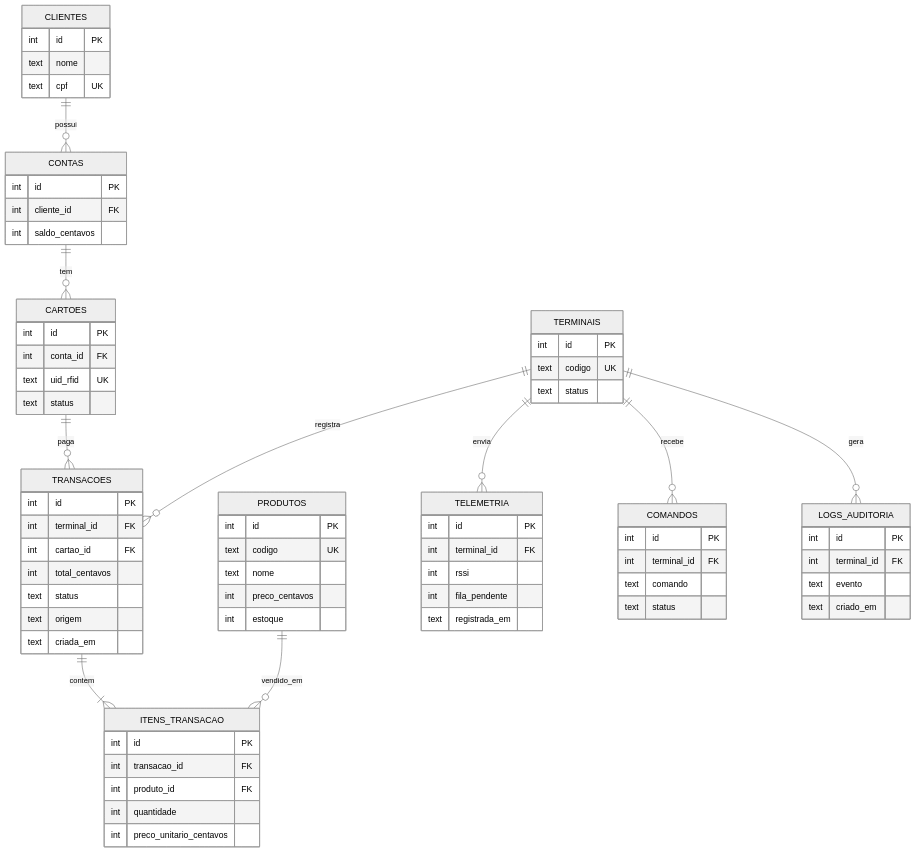
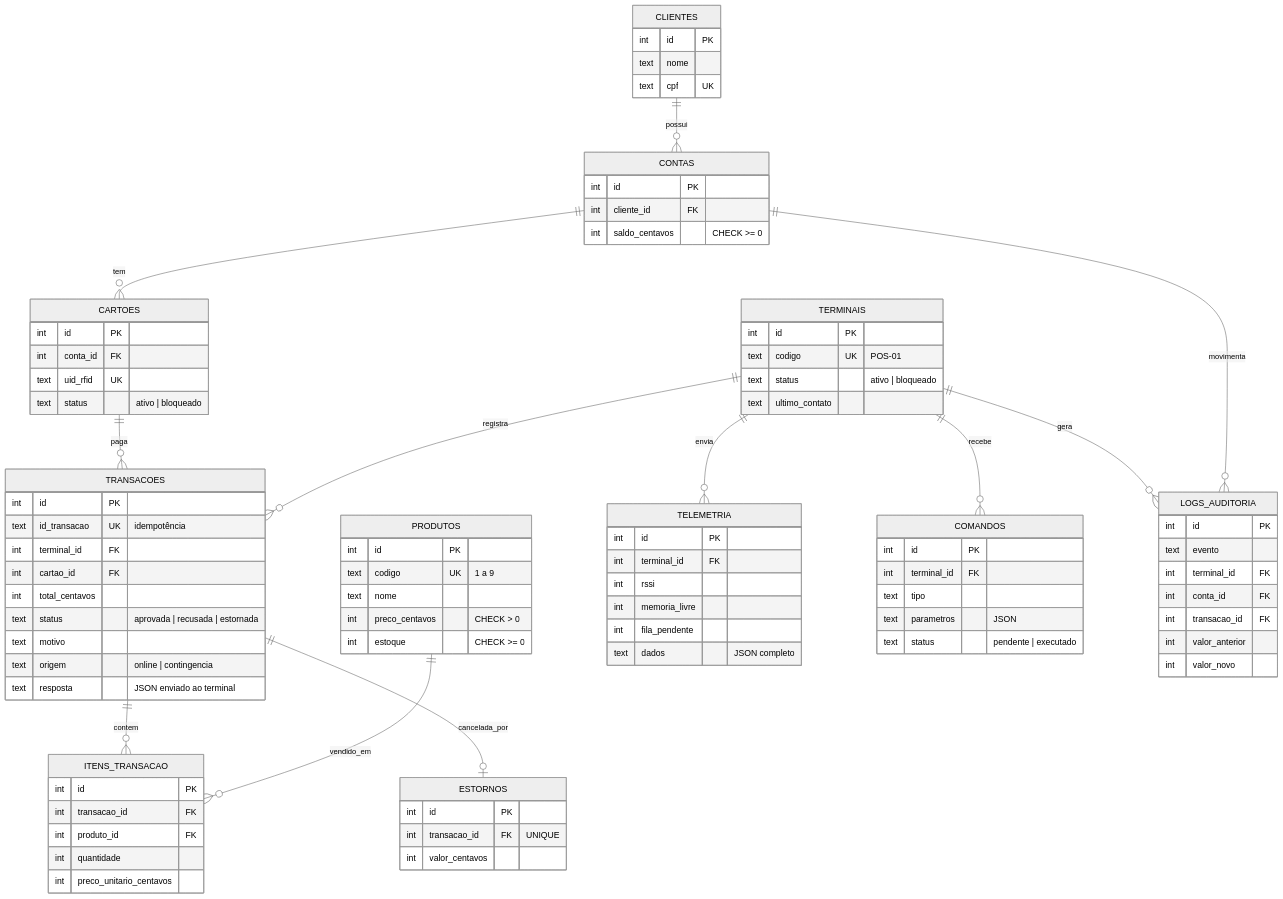
The third of 5 diagrams in README.md (Lbrb2/bytebank_pagamentos), drawn with Mermaid (neutral theme) before and after one commit. The commit also changed other lines of this file and 18 other files, not shown here.

Commit message:
Entrega 3: API FAST API, schema.sql, tabelas hash e atualizações atômicas

````diff
--- a/README.md
+++ b/README.md
@@ -242,11 +269,13 @@
     CONTAS ||--o{ CARTOES : tem
     CARTOES ||--o{ TRANSACOES : paga
     TERMINAIS ||--o{ TRANSACOES : registra
-    TRANSACOES ||--|{ ITENS_TRANSACAO : contem
+    TRANSACOES ||--o{ ITENS_TRANSACAO : contem
     PRODUTOS ||--o{ ITENS_TRANSACAO : vendido_em
+    TRANSACOES ||--o| ESTORNOS : cancelada_por
     TERMINAIS ||--o{ TELEMETRIA : envia
     TERMINAIS ||--o{ COMANDOS : recebe
     TERMINAIS ||--o{ LOGS_AUDITORIA : gera
+    CONTAS ||--o{ LOGS_AUDITORIA : movimenta
 
     CLIENTES {
         int id PK
@@ -256,34 +285,37 @@
     CONTAS {
         int id PK
         int cliente_id FK
-        int saldo_centavos
+        int saldo_centavos "CHECK >= 0"
     }
     CARTOES {
         int id PK
         int conta_id FK
         text uid_rfid UK
-        text status
+        text status "ativo | bloqueado"
     }
     PRODUTOS {
         int id PK
-        text codigo UK
+        text codigo UK "1 a 9"
         text nome
-        int preco_centavos
-        int estoque
+        int preco_centavos "CHECK > 0"
+        int estoque "CHECK >= 0"
     }
     TERMINAIS {
         int id PK
-        text codigo UK
-        text status
+        text codigo UK "POS-01"
+        text status "ativo | bloqueado"
+        text ultimo_contato
     }
     TRANSACOES {
         int id PK
+        text id_transacao UK "idempotência"
         int terminal_id FK
         int cartao_id FK
         int total_centavos
-        text status
-        text origem
-        text criada_em
+        text status "aprovada | recusada | estornada"
+        text motivo
+        text origem "online | contingencia"
+        text resposta "JSON enviado ao terminal"
     }
     ITENS_TRANSACAO {
         int id PK
@@ -292,23 +324,33 @@
         int quantidade
         int preco_unitario_centavos
     }
+    ESTORNOS {
+        int id PK
+        int transacao_id FK "UNIQUE"
+        int valor_centavos
+    }
     TELEMETRIA {
         int id PK
         int terminal_id FK
         int rssi
+        int memoria_livre
         int fila_pendente
-        text registrada_em
+        text dados "JSON completo"
     }
     COMANDOS {
         int id PK
         int terminal_id FK
-        text comando
-        text status
+        text tipo
+        text parametros "JSON"
+        text status "pendente | executado"
     }
     LOGS_AUDITORIA {
         int id PK
+        text evento
         int terminal_id FK
-        text evento
-        text criado_em
+        int conta_id FK
+        int transacao_id FK
+        int valor_anterior
+        int valor_novo
     }
 ```
````
